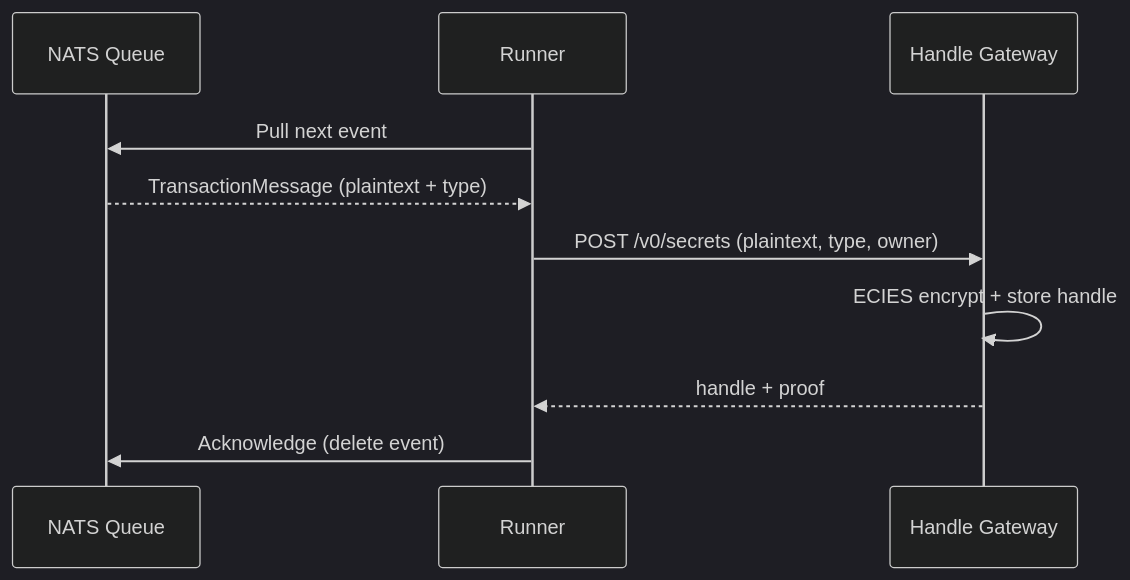
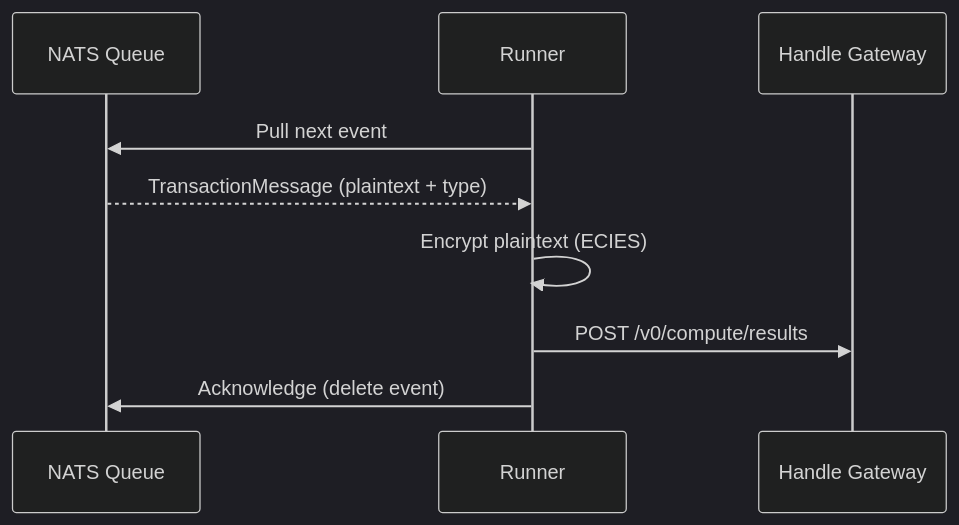
The second of 2 diagrams in src/protocol/runner.md (iExec-Nox/documentation), drawn with Mermaid (dark theme) before and after one commit. The commit also changed other lines of this file and 11 other files, not shown here.

````diff
--- a/src/protocol/runner.md
+++ b/src/protocol/runner.md
@@ -74,13 +71,12 @@
 ```mermaid
 sequenceDiagram
     participant NATS as NATS Queue
     participant R as Runner
     participant GW as Handle Gateway
 
     R->>NATS: Pull next event
     NATS-->>R: TransactionMessage (plaintext + type)
-    R->>GW: POST /v0/secrets (plaintext, type, owner)
-    GW->>GW: ECIES encrypt + store handle
-    GW-->>R: handle + proof
+    R->>R: Encrypt plaintext (ECIES)
+    R->>GW: POST /v0/compute/results
     R->>NATS: Acknowledge (delete event)
 ```
````
